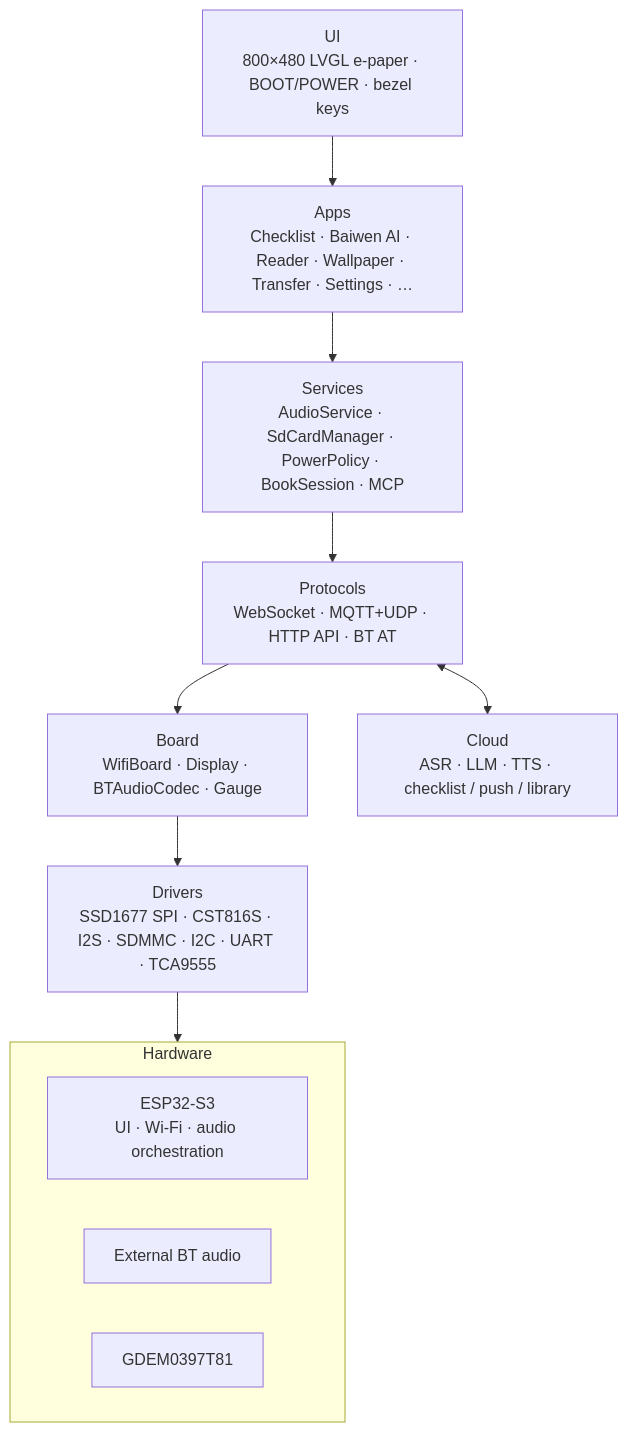
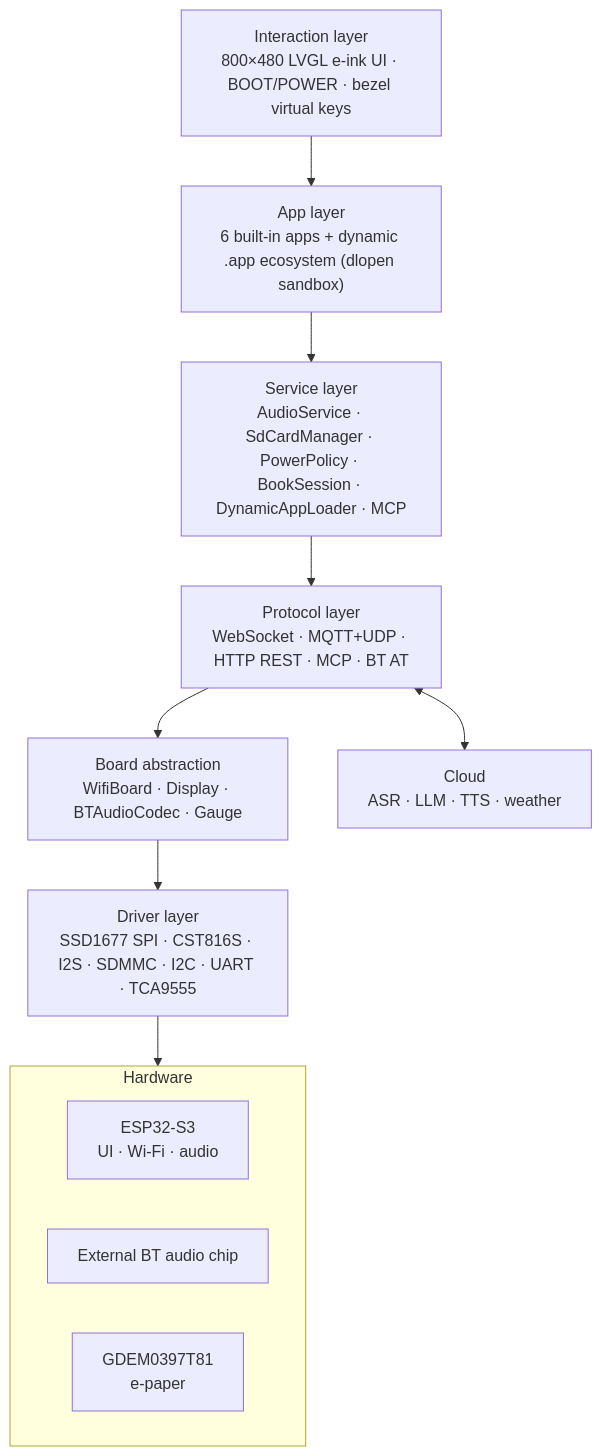
One commit to weibaohui/Metalio-E-INK4 changed the diagram in README.md. Above: the diagram before and after it, drawn with Mermaid. The commit also changed other lines of this file and 78 other files, not shown here.

Commit message:
docs: README 重写(应用全景+商店机制) + 38 个应用逐一文档 + 38 张真机截图

````diff
--- a/README.md
+++ b/README.md
@@ -126,21 +144,21 @@
 ```mermaid
 flowchart TB
-    ui["UI<br/>800×480 LVGL e-paper · BOOT/POWER · bezel keys"]
-    apps["Apps<br/>Checklist · Baiwen AI · Reader · Wallpaper · Transfer · Settings · …"]
-    svc["Services<br/>AudioService · SdCardManager · PowerPolicy · BookSession · MCP"]
-    proto["Protocols<br/>WebSocket · MQTT+UDP · HTTP API · BT AT"]
-    board["Board<br/>WifiBoard · Display · BTAudioCodec · Gauge"]
-    drv["Drivers<br/>SSD1677 SPI · CST816S · I2S · SDMMC · I2C · UART · TCA9555"]
+    ui["Interaction layer<br/>800×480 LVGL e-ink UI · BOOT/POWER · bezel virtual keys"]
+    apps["App layer<br/>6 built-in apps + dynamic .app ecosystem (dlopen sandbox)"]
+    svc["Service layer<br/>AudioService · SdCardManager · PowerPolicy · BookSession · DynamicAppLoader · MCP"]
+    proto["Protocol layer<br/>WebSocket · MQTT+UDP · HTTP REST · MCP · BT AT"]
+    board["Board abstraction<br/>WifiBoard · Display · BTAudioCodec · Gauge"]
+    drv["Driver layer<br/>SSD1677 SPI · CST816S · I2S · SDMMC · I2C · UART · TCA9555"]
 
     subgraph hw["Hardware"]
         direction LR
-        s3["ESP32-S3<br/>UI · Wi-Fi · audio orchestration"]
-        bt["External BT audio"]
-        epd["GDEM0397T81"]
+        s3["ESP32-S3<br/>UI · Wi-Fi · audio"]
+        bt["External BT audio chip"]
+        epd["GDEM0397T81<br/>e-paper"]
     end
 
-    cloud["Cloud<br/>ASR · LLM · TTS · checklist / push / library"]
+    cloud["Cloud<br/>ASR · LLM · TTS · weather"]
 
     ui --> apps --> svc --> proto --> board --> drv --> hw
     proto <--> cloud
 ```
````
